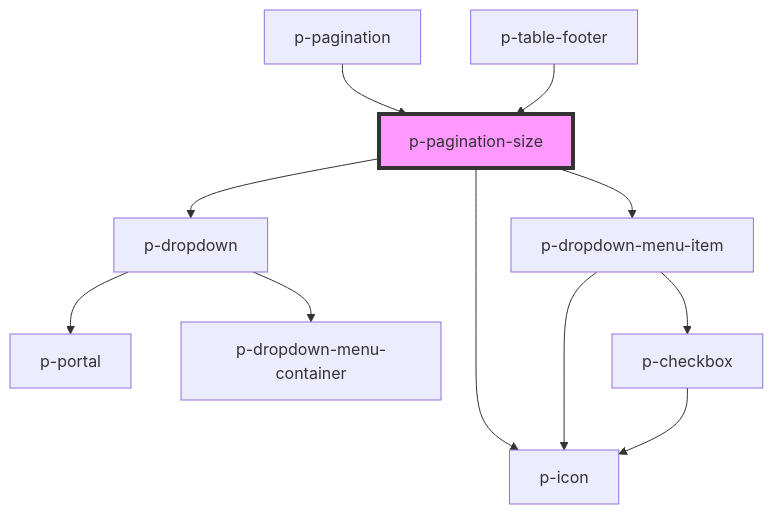
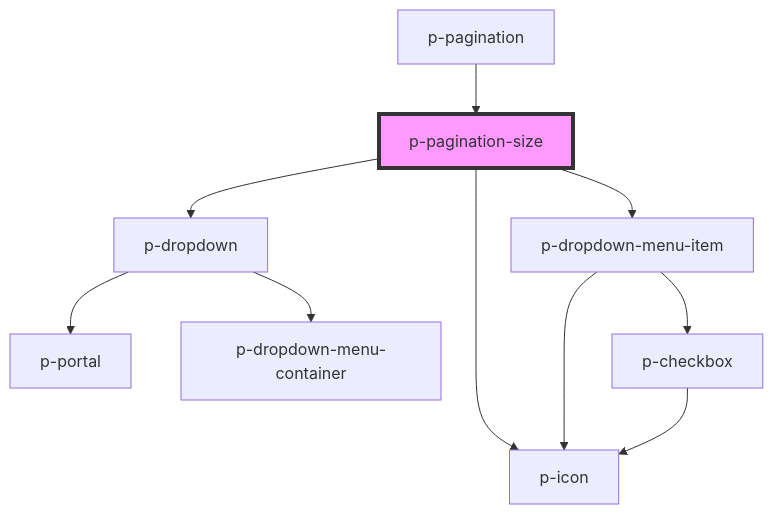
The diagram in packages/core/src/components/molecules/pagination/size/readme.md (Employes/Paperless), drawn with Mermaid before and after one commit. The commit also changed other lines of this file and 118 other files, not shown here.

````diff
--- a/packages/core/src/components/molecules/pagination/size/readme.md
+++ b/packages/core/src/components/molecules/pagination/size/readme.md
@@ -39,14 +38,13 @@
 ```mermaid
 graph TD;
   p-pagination-size --> p-dropdown
   p-pagination-size --> p-icon
   p-pagination-size --> p-dropdown-menu-item
   p-dropdown --> p-portal
   p-dropdown --> p-dropdown-menu-container
   p-dropdown-menu-item --> p-icon
   p-dropdown-menu-item --> p-checkbox
   p-checkbox --> p-icon
   p-pagination --> p-pagination-size
-  p-table-footer --> p-pagination-size
   style p-pagination-size fill:#f9f,stroke:#333,stroke-width:4px
 ```
````
